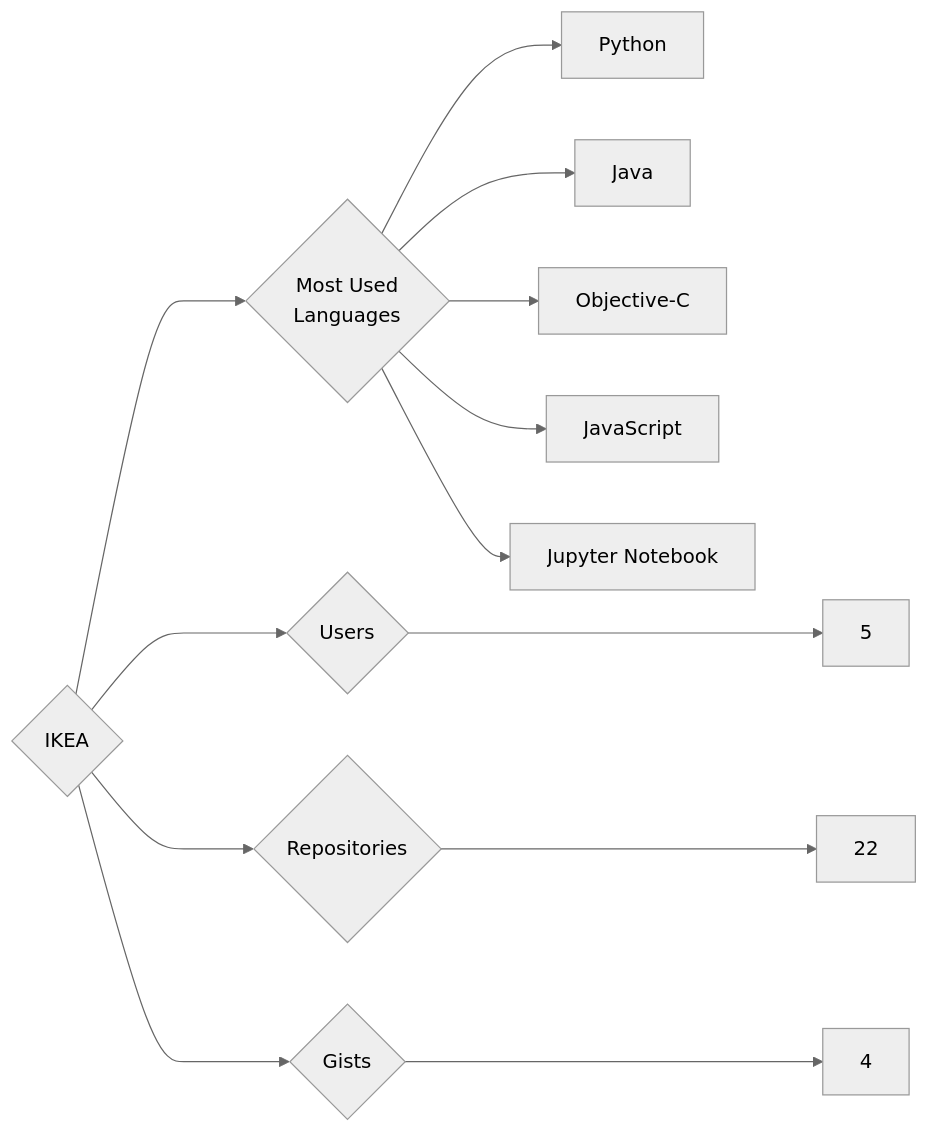
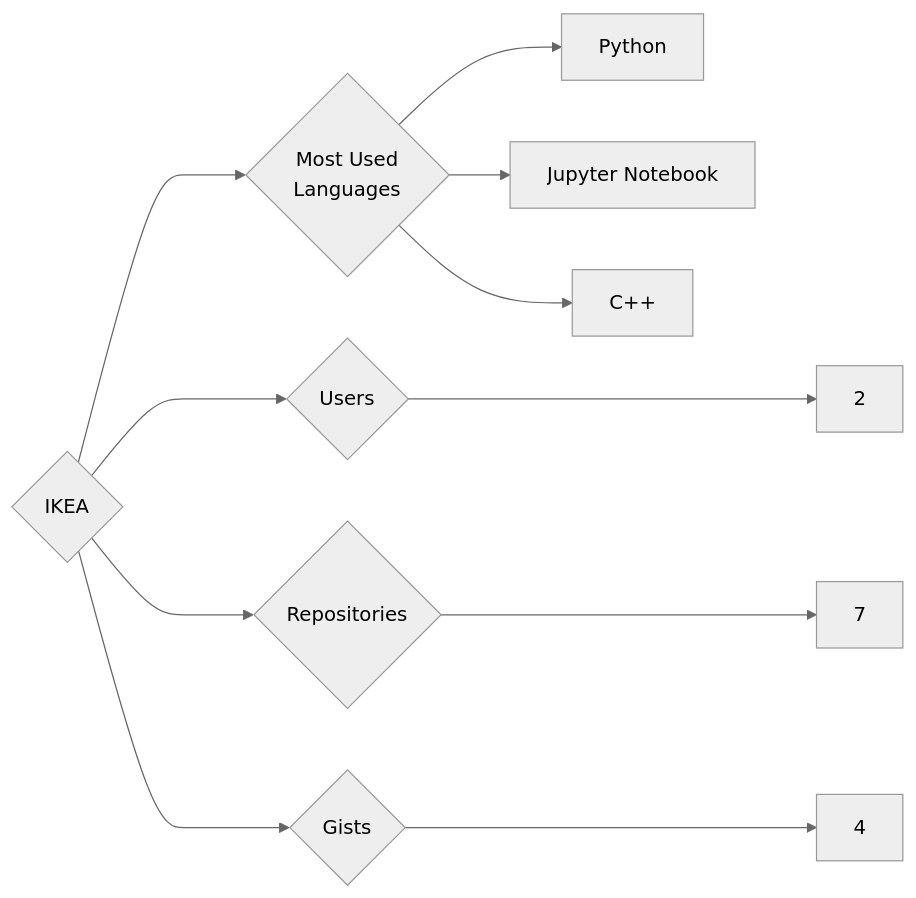
One commit to trickest/insiders changed the diagram in targets/IKEA/README.md. Above: the diagram before and after it, drawn with Mermaid (neutral theme). The commit also changed 724 other files, not shown here.

````diff
--- a/targets/IKEA/README.md
+++ b/targets/IKEA/README.md
@@ -3,13 +3,11 @@
 ```mermaid
 graph LR
 COMPANY_NAME{IKEA}
-COMPANY_NAME ---> U{Users} ---> UN[5]
-COMPANY_NAME ---> R{Repositories} ---> RN[22]
+COMPANY_NAME ---> U{Users} ---> UN[2]
+COMPANY_NAME ---> R{Repositories} ---> RN[7]
 COMPANY_NAME ---> G{Gists} ---> GN[4]
 COMPANY_NAME ---> ML{Most Used<br>Languages}
 ML --> Python[Python]
-ML --> Java[Java]
-ML --> Objective-C[Objective-C]
-ML --> JavaScript[JavaScript]
 ML --> Jupyter_Notebook[Jupyter Notebook]
+ML --> C++[C++]
 ```
````
